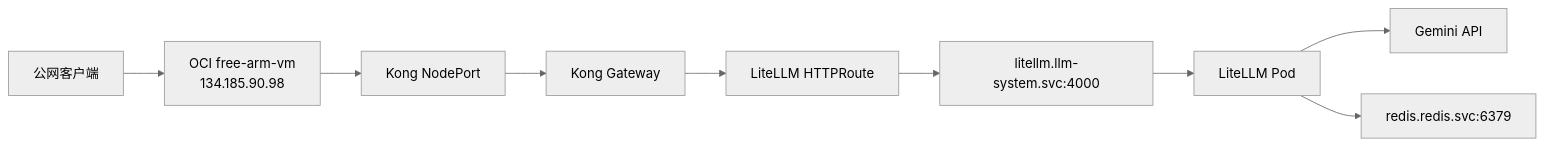
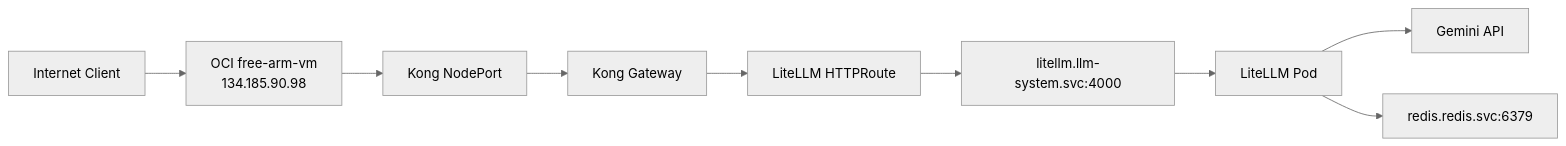
Before and after one commit to nvd11/my-litellm-service: the fourth of 4 diagrams in docs/k3s-kong-public-access-options.md, drawn with Mermaid (neutral theme). The commit also changed other lines of this file and 25 other files, not shown here.

````diff
--- a/docs/k3s-kong-public-access-options.md
+++ b/docs/k3s-kong-public-access-options.md
@@ -508,21 +508,21 @@
 ```mermaid
 flowchart LR
-    User[公网客户端]
+    User[Internet Client]
     VM[OCI free-arm-vm\n134.185.90.98]
     NodePort[Kong NodePort]
     Gateway[Kong Gateway]
     Route[LiteLLM HTTPRoute]
     Service[litellm.llm-system.svc:4000]
     App[LiteLLM Pod]
     Gemini[Gemini API]
     Redis[redis.redis.svc:6379]
 
     User --> VM
     VM --> NodePort
     NodePort --> Gateway
     Gateway --> Route
     Route --> Service
     Service --> App
     App --> Gemini
     App --> Redis
 ```
````
